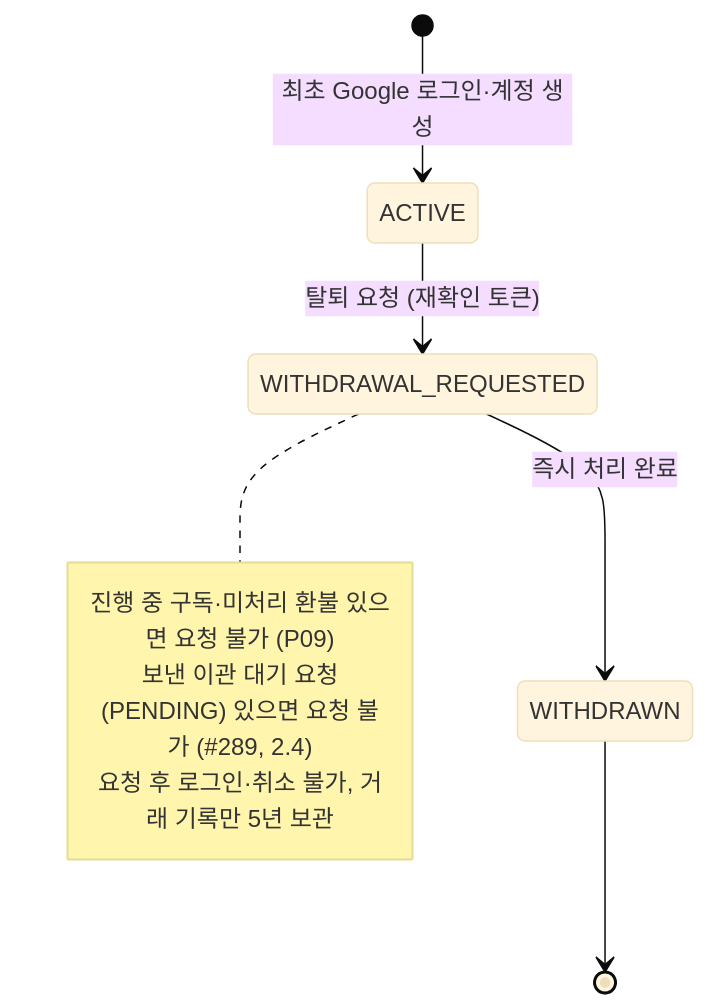
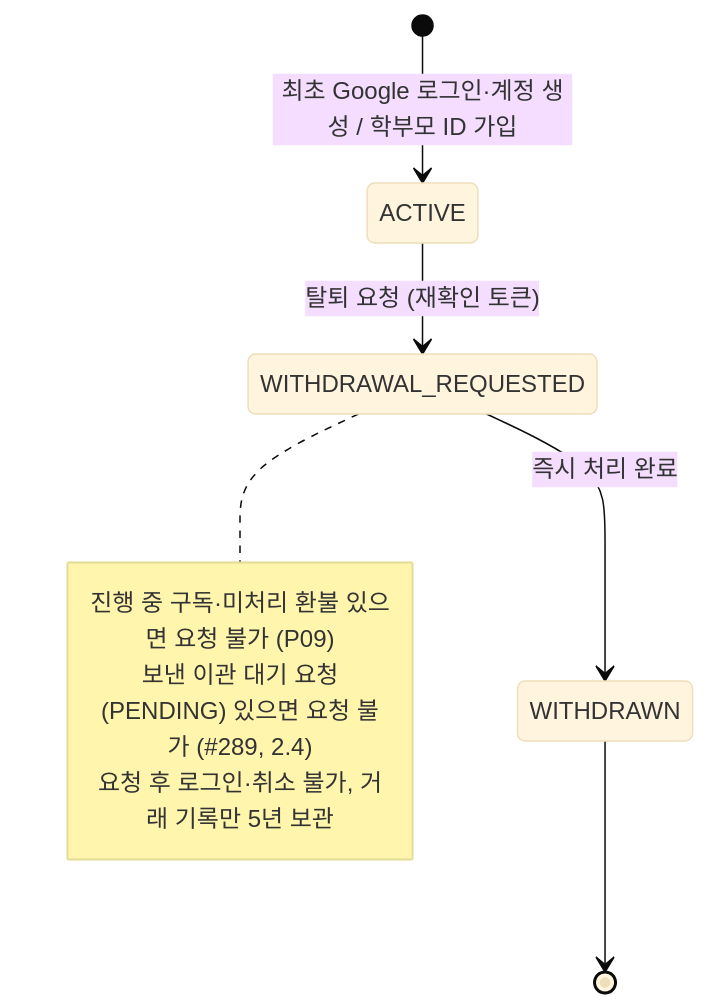
One commit to SKNETWORKS-FAMILY-AICAMP/SKN34-FINAL-3TEAM changed the first of 25 diagrams in docs/design/state-diagram.md. Above: the diagram before and after it, drawn with Mermaid (base theme). The commit also changed other lines of this file and 21 other files, not shown here.

````diff
--- a/docs/design/state-diagram.md
+++ b/docs/design/state-diagram.md
@@ -27,12 +27,12 @@
 ```mermaid
 stateDiagram-v2
-  [*] --> ACTIVE: 최초 Google 로그인·계정 생성
+  [*] --> ACTIVE: 최초 Google 로그인·계정 생성 / 학부모 ID 가입
   ACTIVE --> WITHDRAWAL_REQUESTED: 탈퇴 요청 (재확인 토큰)
   WITHDRAWAL_REQUESTED --> WITHDRAWN: 즉시 처리 완료
   WITHDRAWN --> [*]
   note right of WITHDRAWAL_REQUESTED
     진행 중 구독·미처리 환불 있으면 요청 불가 (P09)
     보낸 이관 대기 요청(PENDING) 있으면 요청 불가 (#289, 2.4)
     요청 후 로그인·취소 불가, 거래 기록만 5년 보관
   end note
 ```
````
